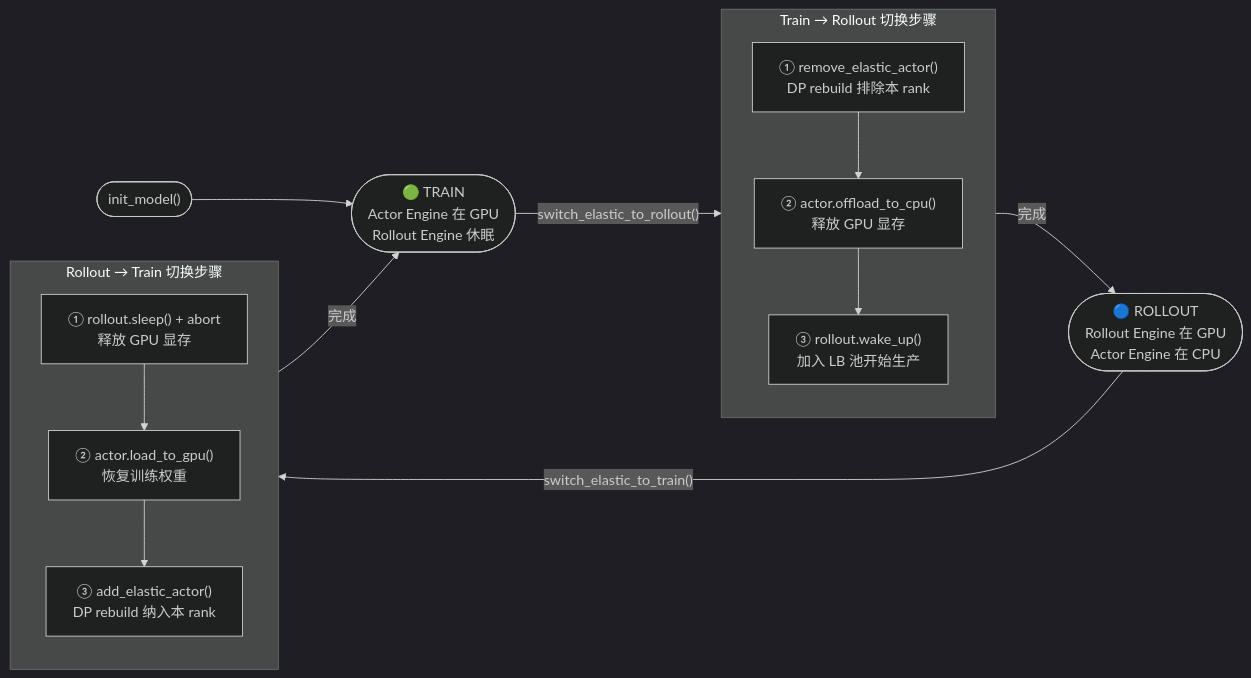
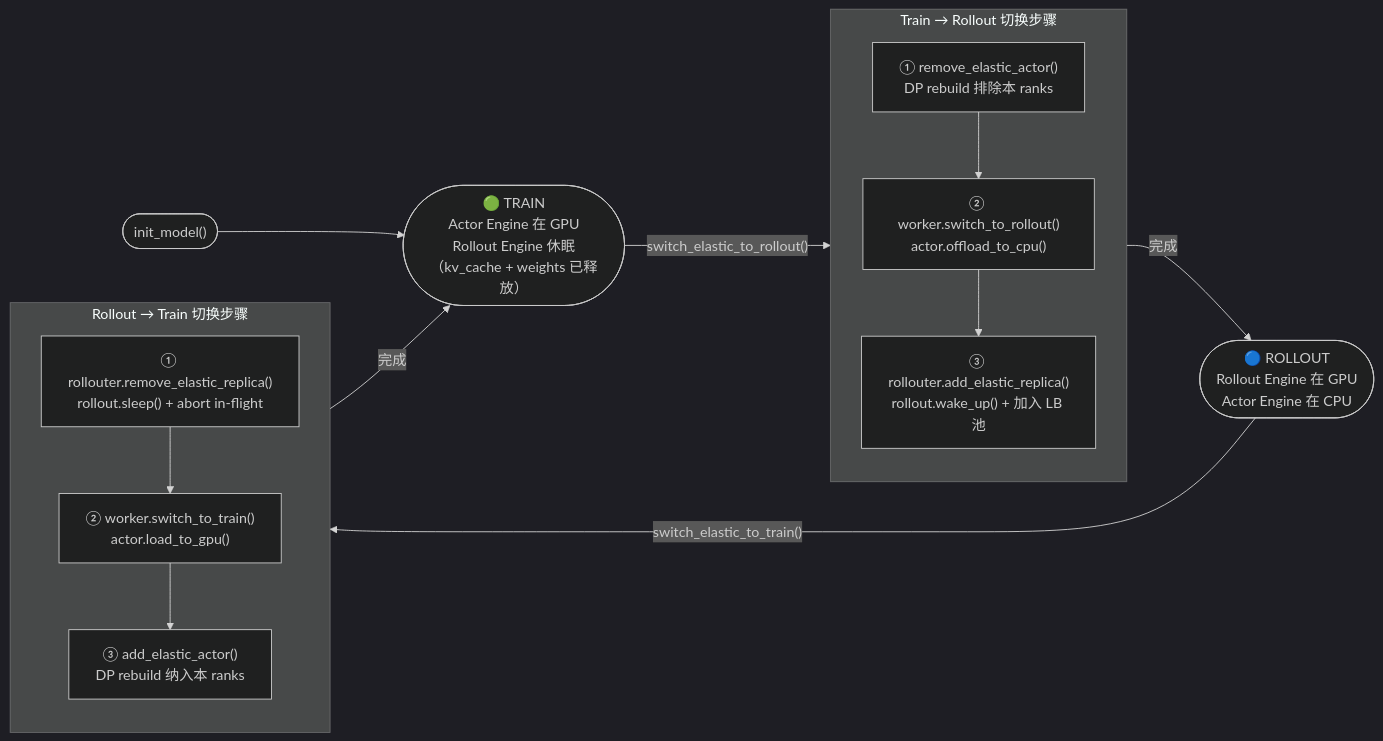
One commit to meituan-search/verl changed the second of 12 diagrams in verl/experimental/elastic_scheduling/README.md. Above: the diagram before and after it, drawn with Mermaid (dark theme). The commit also changed other lines of this file, not shown here.

````diff
--- a/verl/experimental/elastic_scheduling/README.md
+++ b/verl/experimental/elastic_scheduling/README.md
@@ -54,29 +54,29 @@
 ```mermaid
 flowchart LR
     INIT(["init_model()"]) --> TRAIN
 
-    TRAIN(["🟢 TRAIN\nActor Engine 在 GPU\nRollout Engine 休眠"])
+    TRAIN(["🟢 TRAIN\nActor Engine 在 GPU\nRollout Engine 休眠\n（kv_cache + weights 已释放）"])
     ROLLOUT(["🔵 ROLLOUT\nRollout Engine 在 GPU\nActor Engine 在 CPU"])
 
     TRAIN -->|"switch_elastic_to_rollout()"| T2R
     T2R -->|完成| ROLLOUT
 
     ROLLOUT -->|"switch_elastic_to_train()"| R2T
     R2T -->|完成| TRAIN
 
     subgraph T2R ["Train → Rollout 切换步骤"]
         direction TB
-        s1["① remove_elastic_actor()\nDP rebuild 排除本 rank"]
-        s2["② actor.offload_to_cpu()\n释放 GPU 显存"]
-        s3["③ rollout.wake_up()\n加入 LB 池开始生产"]
+        s1["① remove_elastic_actor()\nDP rebuild 排除本 ranks"]
+        s2["② worker.switch_to_rollout()\nactor.offload_to_cpu()"]
+        s3["③ rollouter.add_elastic_replica()\nrollout.wake_up() + 加入 LB 池"]
         s1 --> s2 --> s3
     end
 
     subgraph R2T ["Rollout → Train 切换步骤"]
         direction TB
-        t1["① rollout.sleep() + abort\n释放 GPU 显存"]
-        t2["② actor.load_to_gpu()\n恢复训练权重"]
-        t3["③ add_elastic_actor()\nDP rebuild 纳入本 rank"]
+        t1["① rollouter.remove_elastic_replica()\nrollout.sleep() + abort in-flight"]
+        t2["② worker.switch_to_train()\nactor.load_to_gpu()"]
+        t3["③ add_elastic_actor()\nDP rebuild 纳入本 ranks"]
         t1 --> t2 --> t3
     end
 ```
````
